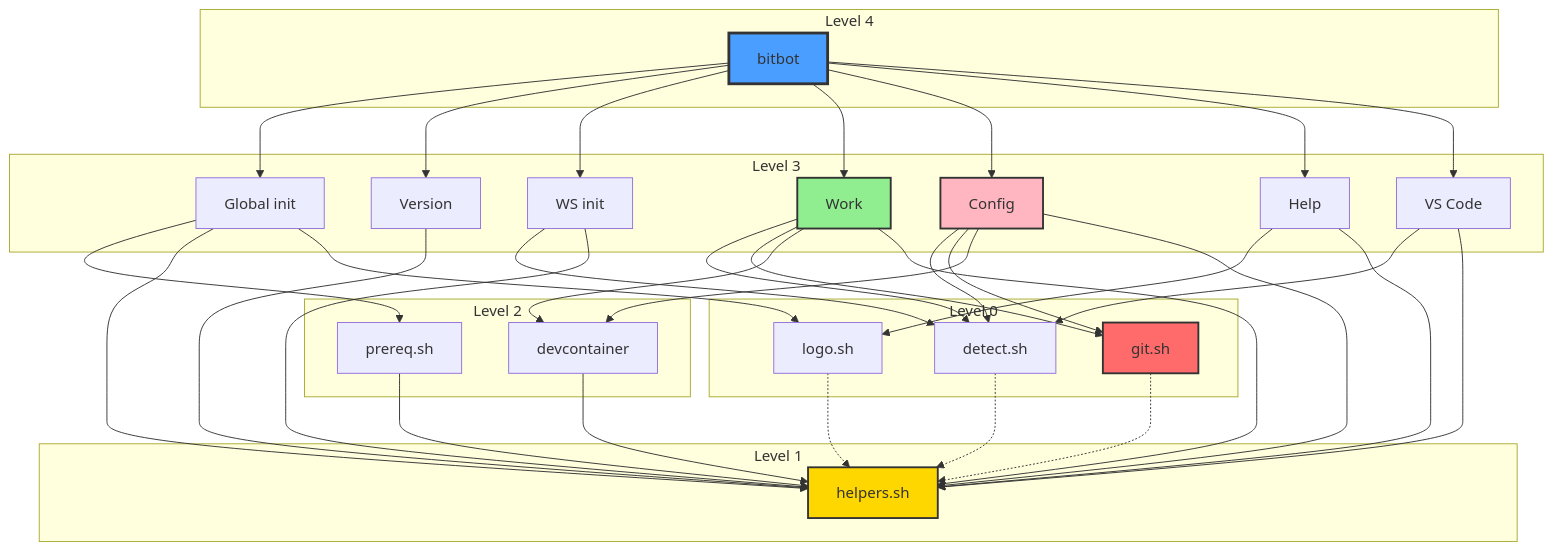
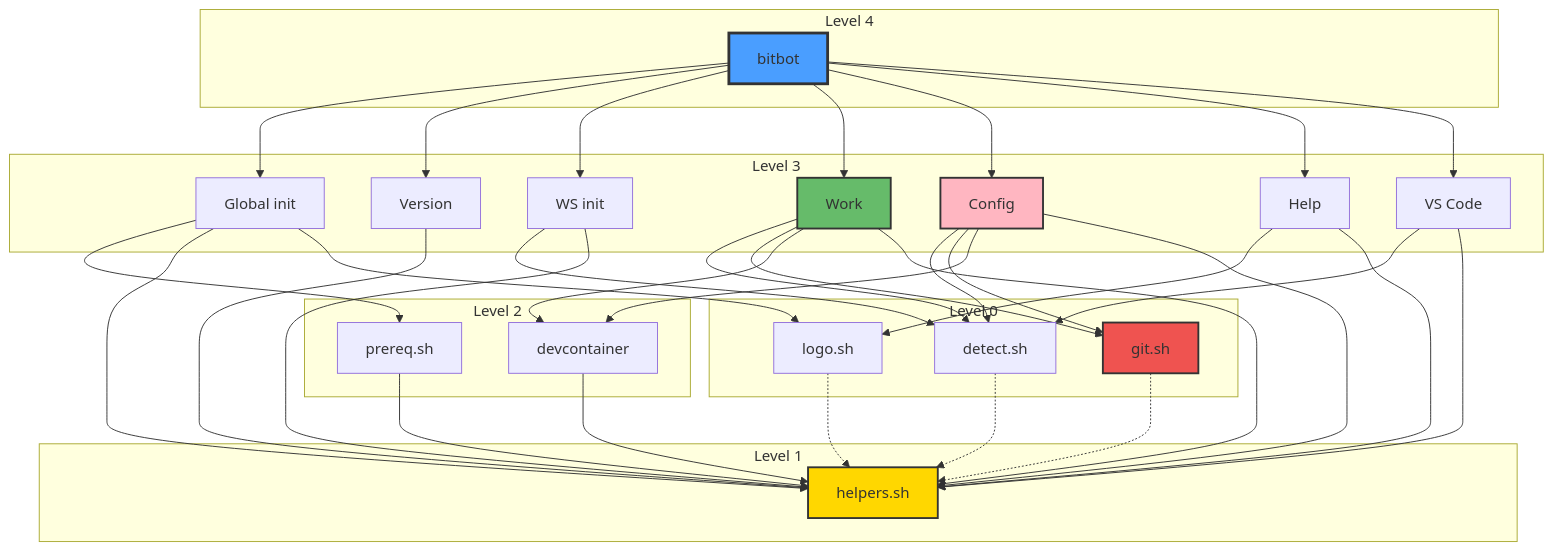
Before and after one commit to ManuelKugelmann/BitBot: the sixth of 6 diagrams in sparc/3-architecture/diagrams/06-component-interaction.md, drawn with Mermaid. The commit also changed other lines of this file and 6 other files, not shown here.

First line of the commit message:
Improve diagram colors for better dark text contrast

````diff
--- a/sparc/3-architecture/diagrams/06-component-interaction.md
+++ b/sparc/3-architecture/diagrams/06-component-interaction.md
@@ -412,77 +412,77 @@
 ```mermaid
 graph TB
     subgraph L0["Level 0"]
         DETECT[detect.sh]
         GIT[git.sh]
         LOGO[logo.sh]
     end
 
     subgraph L1["Level 1"]
         HELPERS[helpers.sh]
     end
 
     subgraph L2["Level 2"]
         PREREQ[prereq.sh]
         DEVCON[devcontainer]
     end
 
     subgraph L3["Level 3"]
         GINIT[Global init]
         VERSION[Version]
         WINIT[WS init]
         WORK[Work]
         CONFIG[Config]
         HELP[Help]
         VSCODE[VS Code]
     end
 
     subgraph L4["Level 4"]
         BITBOT[bitbot]
     end
 
     DETECT -.-> HELPERS
     GIT -.-> HELPERS
     LOGO -.-> HELPERS
 
     PREREQ --> HELPERS
     DEVCON --> HELPERS
 
     GINIT --> PREREQ
     GINIT --> HELPERS
     GINIT --> LOGO
 
     VERSION --> HELPERS
 
     WINIT --> DETECT
     WINIT --> HELPERS
 
     WORK --> DETECT
     WORK --> GIT
     WORK --> DEVCON
     WORK --> HELPERS
 
     CONFIG --> DETECT
     CONFIG --> GIT
     CONFIG --> DEVCON
     CONFIG --> HELPERS
 
     HELP --> LOGO
     HELP --> HELPERS
 
     VSCODE --> DETECT
     VSCODE --> HELPERS
 
     BITBOT --> GINIT
     BITBOT --> VERSION
     BITBOT --> WINIT
     BITBOT --> WORK
     BITBOT --> CONFIG
     BITBOT --> HELP
     BITBOT --> VSCODE
 
     style HELPERS fill:#ffd700,stroke:#333,stroke-width:2px
     style BITBOT fill:#4a9eff,stroke:#333,stroke-width:3px
-    style WORK fill:#90ee90,stroke:#333,stroke-width:2px
+    style WORK fill:#66bb6a,stroke:#333,stroke-width:2px
     style CONFIG fill:#ffb6c1,stroke:#333,stroke-width:2px
-    style GIT fill:#ff6b6b,stroke:#333,stroke-width:2px
+    style GIT fill:#ef5350,stroke:#333,stroke-width:2px
 ```
````
